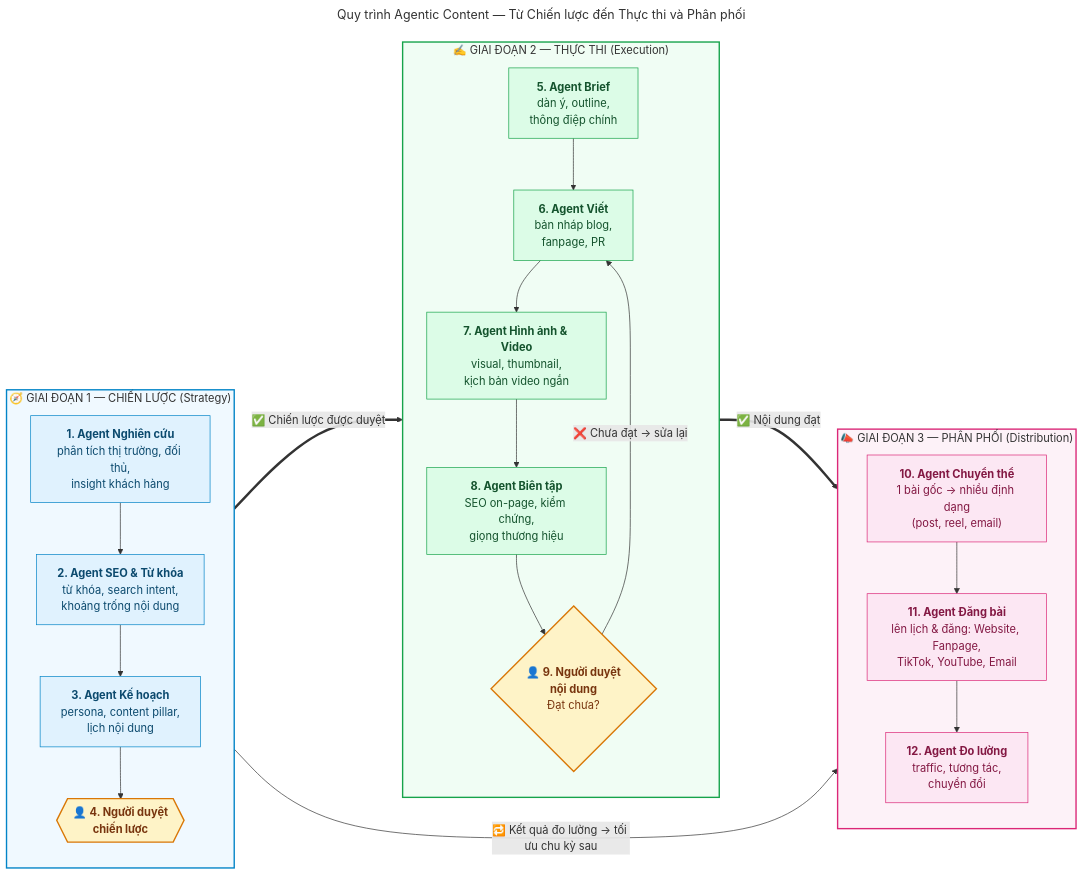
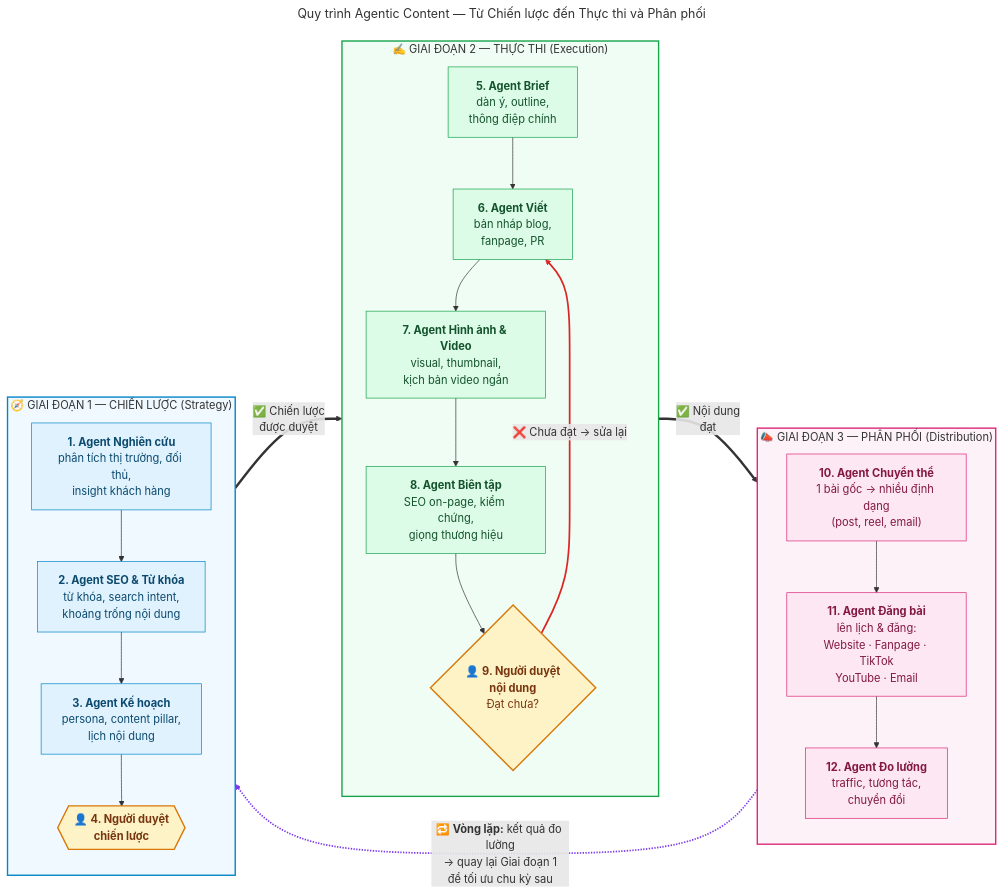
Before and after one commit to kindcontent/kindcontent: the diagram in diagram-tools/02-mermaid/flowchart.mmd, drawn with Mermaid. The commit also changed 73 other files, not shown here.

First line of the commit message:
diagram-tools: add test outputs (in progress)

```diff
--- a/diagram-tools/02-mermaid/flowchart.mmd
+++ b/diagram-tools/02-mermaid/flowchart.mmd
@@ -1,47 +1,51 @@
 ---
 title: Quy trình Agentic Content — Từ Chiến lược đến Thực thi và Phân phối
 ---
 flowchart LR
-    subgraph S1["🧭 GIAI ĐOẠN 1 — CHIẾN LƯỢC (Strategy)"]
+    %% Khai báo ngược S3 → S1 để dagre xếp Giai đoạn 1 bên trái
+    subgraph S3["📣 GIAI ĐOẠN 3 — PHÂN PHỐI (Distribution)"]
         direction TB
-        A1["<b>1. Agent Nghiên cứu</b><br/>phân tích thị trường, đối thủ,<br/>insight khách hàng"]
-        A2["<b>2. Agent SEO & Từ khóa</b><br/>từ khóa, search intent,<br/>khoảng trống nội dung"]
-        A3["<b>3. Agent Kế hoạch</b><br/>persona, content pillar,<br/>lịch nội dung"]
-        H1{{"👤 <b>4. Người duyệt<br/>chiến lược</b>"}}
-        A1 --> A2 --> A3 --> H1
+        C10["<b>10. Agent Chuyển thể</b><br/>1 bài gốc → nhiều định dạng<br/>(post, reel, email)"]
+        C11["<b>11. Agent Đăng bài</b><br/>lên lịch & đăng:<br/>Website · Fanpage · TikTok<br/>YouTube · Email"]
+        C12["<b>12. Agent Đo lường</b><br/>traffic, tương tác,<br/>chuyển đổi"]
+        C10 --> C11 --> C12
     end
 
     subgraph S2["✍️ GIAI ĐOẠN 2 — THỰC THI (Execution)"]
         direction TB
         B5["<b>5. Agent Brief</b><br/>dàn ý, outline,<br/>thông điệp chính"]
         B6["<b>6. Agent Viết</b><br/>bản nháp blog,<br/>fanpage, PR"]
         B7["<b>7. Agent Hình ảnh & Video</b><br/>visual, thumbnail,<br/>kịch bản video ngắn"]
         B8["<b>8. Agent Biên tập</b><br/>SEO on-page, kiểm chứng,<br/>giọng thương hiệu"]
         H2{"👤 <b>9. Người duyệt<br/>nội dung</b><br/>Đạt chưa?"}
         B5 --> B6 --> B7 --> B8 --> H2
         H2 -- "❌ Chưa đạt → sửa lại" --> B6
     end
 
-    subgraph S3["📣 GIAI ĐOẠN 3 — PHÂN PHỐI (Distribution)"]
+    subgraph S1["🧭 GIAI ĐOẠN 1 — CHIẾN LƯỢC (Strategy)"]
         direction TB
-        C10["<b>10. Agent Chuyển thể</b><br/>1 bài gốc → nhiều định dạng<br/>(post, reel, email)"]
-        C11["<b>11. Agent Đăng bài</b><br/>lên lịch & đăng: Website, Fanpage,<br/>TikTok, YouTube, Email"]
-        C12["<b>12. Agent Đo lường</b><br/>traffic, tương tác,<br/>chuyển đổi"]
-        C10 --> C11 --> C12
+        A1["<b>1. Agent Nghiên cứu</b><br/>phân tích thị trường, đối thủ,<br/>insight khách hàng"]
+        A2["<b>2. Agent SEO & Từ khóa</b><br/>từ khóa, search intent,<br/>khoảng trống nội dung"]
+        A3["<b>3. Agent Kế hoạch</b><br/>persona, content pillar,<br/>lịch nội dung"]
+        H1{{"👤 <b>4. Người duyệt<br/>chiến lược</b>"}}
+        A1 --> A2 --> A3 --> H1
     end
 
-    S1 == "✅ Chiến lược được duyệt" ==> S2
-    S2 == "✅ Nội dung đạt" ==> S3
-    S1 <-. "🔁 Kết quả đo lường → tối ưu chu kỳ sau" .- S3
+    S1 == "✅ Chiến lược<br/>được duyệt" ==> S2
+    S2 == "✅ Nội dung<br/>đạt" ==> S3
+    S3 -. "🔁 <b>Vòng lặp:</b> kết quả đo lường<br/>→ quay lại Giai đoạn 1<br/>để tối ưu chu kỳ sau" .-> S1
 
     classDef human fill:#FEF3C7,stroke:#D97706,stroke-width:2px,color:#78350F
     classDef s1 fill:#E0F2FE,stroke:#0284C7,color:#0C4A6E
     classDef s2 fill:#DCFCE7,stroke:#16A34A,color:#14532D
     classDef s3 fill:#FCE7F3,stroke:#DB2777,color:#831843
     class A1,A2,A3 s1
     class B5,B6,B7,B8 s2
     class C10,C11,C12 s3
     class H1,H2 human
     style S1 fill:#F0F9FF,stroke:#0284C7,stroke-width:2px
     style S2 fill:#F0FDF4,stroke:#16A34A,stroke-width:2px
     style S3 fill:#FDF2F8,stroke:#DB2777,stroke-width:2px
+    %% tô màu cho 2 vòng lặp (thứ tự cạnh: 6 = quay lại Agent Viết, 12 = vòng lặp phản hồi)
+    linkStyle 6 stroke:#DC2626,stroke-width:2.5px
+    linkStyle 12 stroke:#7C3AED,stroke-width:2.5px
```
